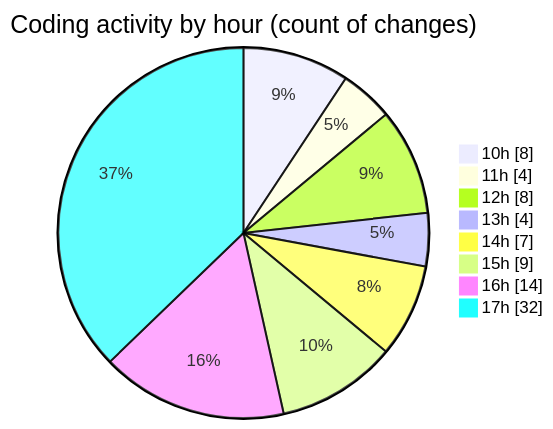
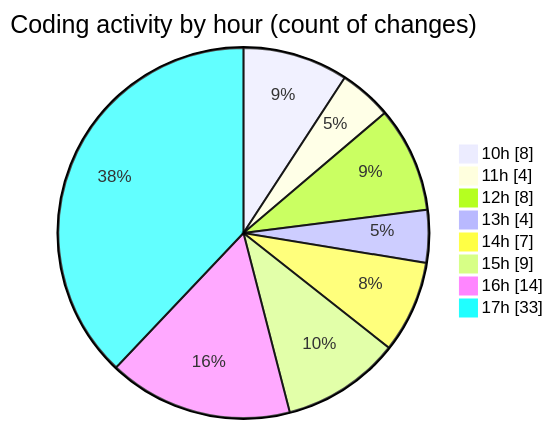
The second of 2 diagrams in 2025-08-07/nxtqube_webapp/README.md (nxtqubesakshisongat/code-tracking), drawn with Mermaid before and after one commit. The commit also changed other lines of this file and 1 other file, not shown here.

````diff
--- a/2025-08-07/nxtqube_webapp/README.md
+++ b/2025-08-07/nxtqube_webapp/README.md
@@ -35,12 +35,12 @@
 ```mermaid
 pie showData
 title Coding activity by hour (count of changes)
 "10h" : 8
 "11h" : 4
 "12h" : 8
 "13h" : 4
 "14h" : 7
 "15h" : 9
 "16h" : 14
-"17h" : 32
+"17h" : 33
 ```
````
